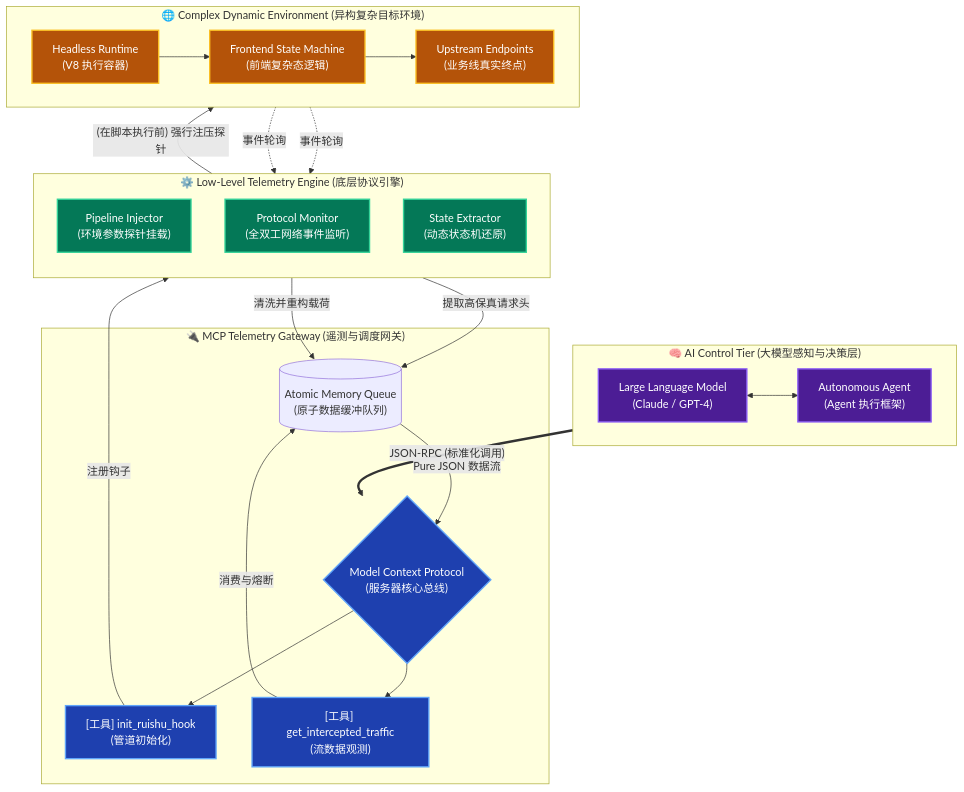
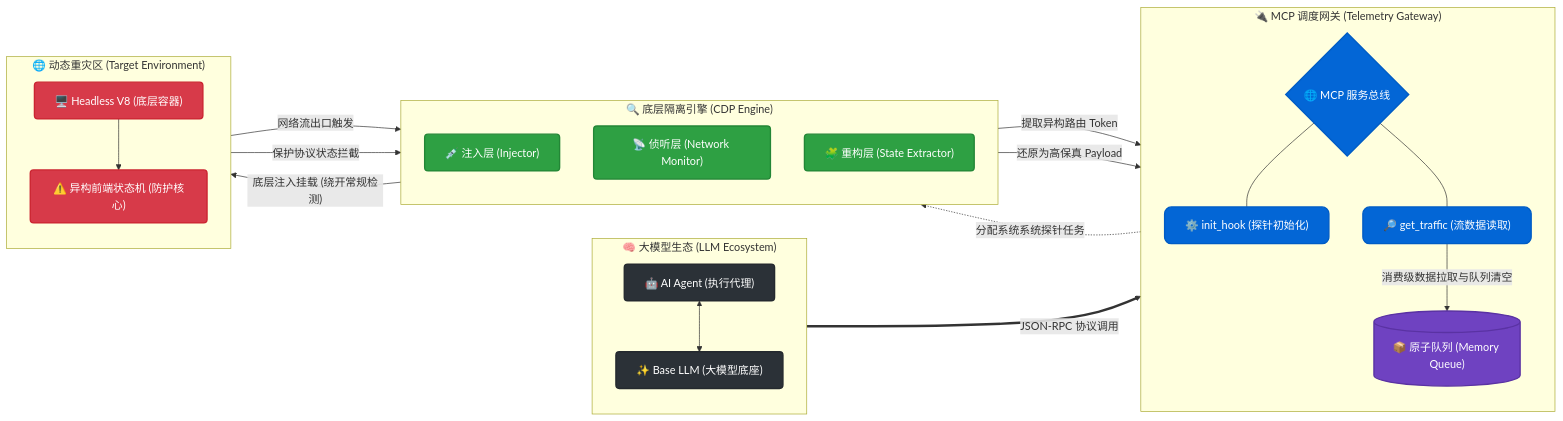
One commit to xuange520/ruishu-mcp changed the first of 2 diagrams in README.md. Above: the diagram before and after it, drawn with Mermaid. The commit also changed other lines of this file, not shown here.

Commit message:
docs: restyle mermaid diagram with modern aesthetics and box grouping

````diff
--- a/README.md
+++ b/README.md
@@ -119,64 +119,54 @@
 ```mermaid
-flowchart TB
-    %% Definitions
-    subgraph LLM_Tier ["🧠 AI Control Tier (大模型感知与决策层)"]
-        direction LR
-        A_LLM["Large Language Model<br/>(Claude / GPT-4)"]
-        A_Agent["Autonomous Agent<br/>(Agent 执行框架)"]
-        A_LLM <--> A_Agent
+flowchart LR
+    %% Styles
+    classDef llm fill:#2b3137,stroke:#24292e,stroke-width:2px,color:#fff,rx:5px,ry:5px
+    classDef gateway fill:#0366d6,stroke:#005cc5,stroke-width:2px,color:#fff,rx:10px,ry:10px
+    classDef cdp fill:#2ea043,stroke:#238636,stroke-width:2px,color:#fff,rx:5px,ry:5px
+    classDef target fill:#d73a49,stroke:#cb2431,stroke-width:2px,color:#fff,rx:5px,ry:5px
+    classDef buffer fill:#6f42c1,stroke:#5a32a3,stroke-width:2px,color:#fff,rx:15px,ry:15px
+    
+    subgraph S1 ["🧠 大模型生态 (LLM Ecosystem)"]
+        direction TB
+        A1["🤖 AI Agent (执行代理)"]:::llm
+        A2["✨ Base LLM (大模型底座)"]:::llm
+        A1 <--> A2
     end
 
-    subgraph MCP_Gateway ["🔌 MCP Telemetry Gateway (遥测与调度网关)"]
-        M_Server{"Model Context Protocol<br/>(服务器核心总线)"}
-        M_Init["[工具] init_ruishu_hook<br/>(管道初始化)"]
-        M_Obs["[工具] get_intercepted_traffic<br/>(流数据观测)"]
+    subgraph S2 ["🔌 MCP 调度网关 (Telemetry Gateway)"]
+        direction TB
+        M_Bus{"🌐 MCP 服务总线"}:::gateway
+        M_T1["⚙️ init_hook (探针初始化)"]:::gateway
+        M_T2["🔎 get_traffic (流数据读取)"]:::gateway
+        M_Bus --- M_T1 & M_T2
         
-        M_Server --> M_Init
-        M_Server --> M_Obs
-        
-        M_Queue[("Atomic Memory Queue<br/>(原子数据缓冲队列)")]
+        Q[("📦 原子队列 (Memory Queue)")]:::buffer
     end
 
-    subgraph CDP_Engine ["⚙️ Low-Level Telemetry Engine (底层协议引擎)"]
+    subgraph S3 ["🔍 底层隔离引擎 (CDP Engine)"]
         direction TB
-        C_Injector["Pipeline Injector<br/>(环境参数探针挂载)"]
-        C_Network["Protocol Monitor<br/>(全双工网络事件监听)"]
-        C_Network_Res["State Extractor<br/>(动态状态机还原)"]
+        C1["💉 注入层 (Injector)"]:::cdp
+        C2["📡 侦听层 (Network Monitor)"]:::cdp
+        C3["🧩 重构层 (State Extractor)"]:::cdp
     end
 
-    subgraph Dynamic_Env ["🌐 Complex Dynamic Environment (异构复杂目标环境)"]
-        direction LR
-        W_Browser["Headless Runtime<br/>(V8 执行容器)"]
-        W_State["Frontend State Machine<br/>(前端复杂态逻辑)"]
-        W_API["Upstream Endpoints<br/>(业务线真实终点)"]
-        
-        W_Browser --> W_State
-        W_State --> W_API
+    subgraph S4 ["🌐 动态重灾区 (Target Environment)"]
+        direction TB
+        T1["🖥️ Headless V8 (底层容器)"]:::target
+        T2["⚠️ 异构前端状态机 (防护核心)"]:::target
+        T1 --> T2
     end
 
-    %% Connections
-    A_Agent == "JSON-RPC (标准化调用)" ==> M_Server
+    %% Routing
+    A1 == "JSON-RPC 协议调用" ==> M_Bus
     
-    M_Init -- "注册钩子" --> C_Injector
-    C_Injector -- "(在脚本执行前) 强行注压探针" --> W_Browser
+    M_T1 -. "分配系统系统探针任务" .-> C1
+    C1 -- "底层注入挂载 (绕开常规检测)" --> T1
     
-    W_Browser -. "事件轮询" .-> C_Network
-    W_Browser -. "事件轮询" .-> C_Network_Res
+    T2 -- "网络流出口触发" --> C2
+    T2 -- "保护协议状态拦截" --> C3
     
-    C_Network -- "提取高保真请求头" --> M_Queue
-    C_Network_Res -- "清洗并重构载荷" --> M_Queue
+    C2 -- "提取异构路由 Token" --> Q
+    C3 -- "还原为高保真 Payload" --> Q
     
-    M_Obs -- "消费与熔断" --> M_Queue
-    M_Queue -- "Pure JSON 数据流" --> M_Server
-    
-    %% Styling
-    classDef primary fill:#1e40af,stroke:#60a5fa,stroke-width:2px,color:#fff
-    classDef secondary fill:#047857,stroke:#34d399,stroke-width:2px,color:#fff
-    classDef warning fill:#b45309,stroke:#fbbf24,stroke-width:2px,color:#fff
-    classDef abstract fill:#4c1d95,stroke:#8b5cf6,stroke-width:2px,color:#fff
-    
-    class M_Server,M_Init,M_Obs primary
-    class C_Injector,C_Network,C_Network_Res secondary
-    class W_Browser,W_State,W_API warning
-    class A_LLM,A_Agent abstract
+    M_T2 -- "消费级数据拉取与队列清空" --> Q
 ```
````
